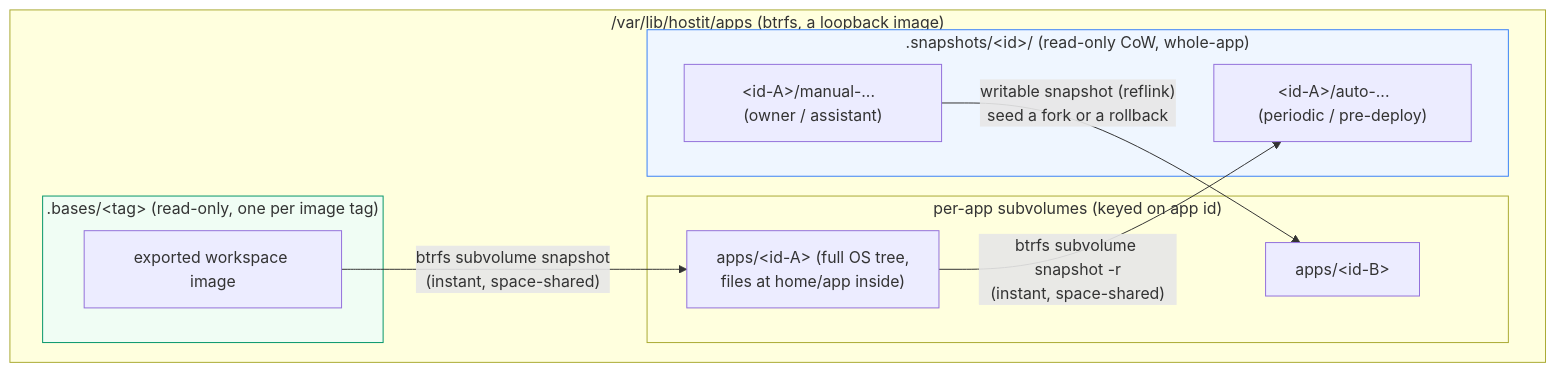
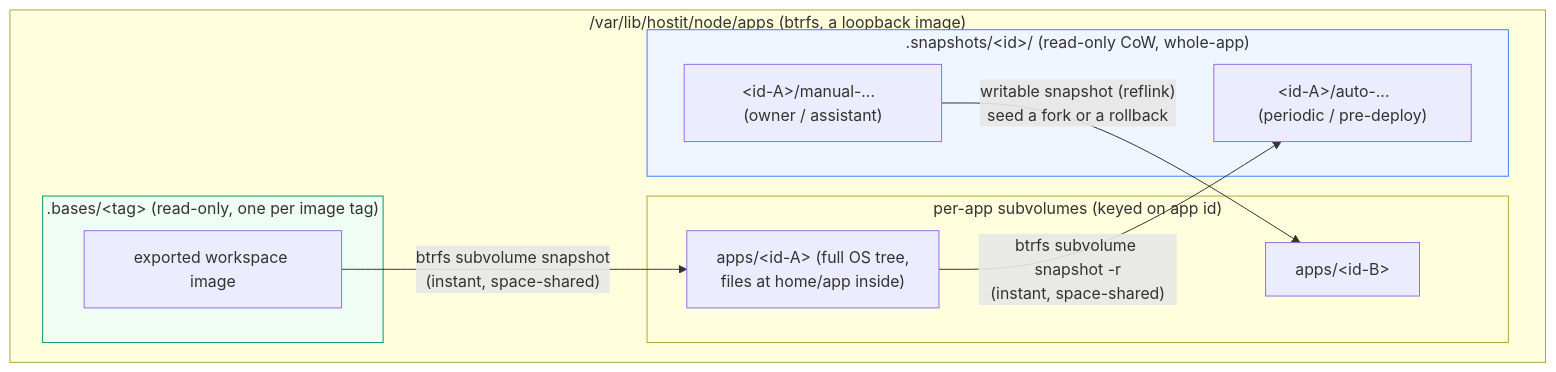
The first of 2 diagrams in docs/subsystems/storage-btrfs.md (binwiederhier/hostit), drawn with Mermaid before and after one commit. The commit also changed 9 other files, not shown here.

````diff
--- a/docs/subsystems/storage-btrfs.md
+++ b/docs/subsystems/storage-btrfs.md
@@ -17,21 +17,21 @@
 ```mermaid
 flowchart TB
-    subgraph fs["/var/lib/hostit/apps  (btrfs, a loopback image)"]
+    subgraph fs["/var/lib/hostit/node/apps  (btrfs, a loopback image)"]
         subgraph subs["per-app subvolumes (keyed on app id)"]
             a1["apps/&lt;id-A&gt;  (full OS tree,<br/>files at home/app inside)"]
             a2["apps/&lt;id-B&gt;"]
         end
         subgraph bases[".bases/&lt;tag&gt;  (read-only, one per image tag)"]
             b1["exported workspace image"]
         end
         subgraph snaps[".snapshots/&lt;id&gt;/  (read-only CoW, whole-app)"]
             s1["&lt;id-A&gt;/auto-...    (periodic / pre-deploy)"]
             s2["&lt;id-A&gt;/manual-...  (owner / assistant)"]
         end
     end
     b1 -->|"btrfs subvolume snapshot<br/>(instant, space-shared)"| a1
     a1 -->|"btrfs subvolume snapshot -r<br/>(instant, space-shared)"| s1
     s2 -->|"writable snapshot (reflink)<br/>seed a fork or a rollback"| a2
     style snaps fill:#eff6ff,stroke:#3b82f6
     style bases fill:#f0fdf4,stroke:#059669
 ```
````
